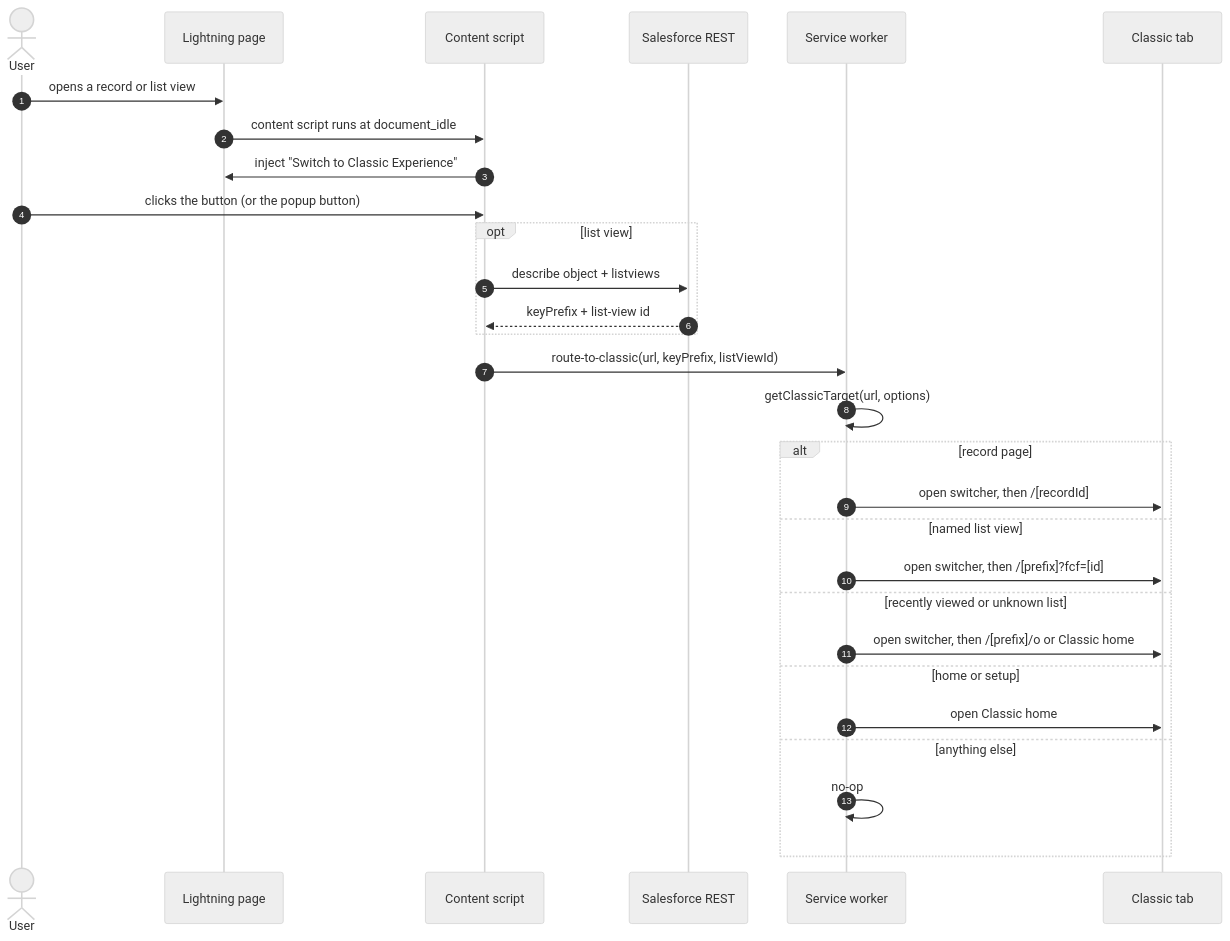
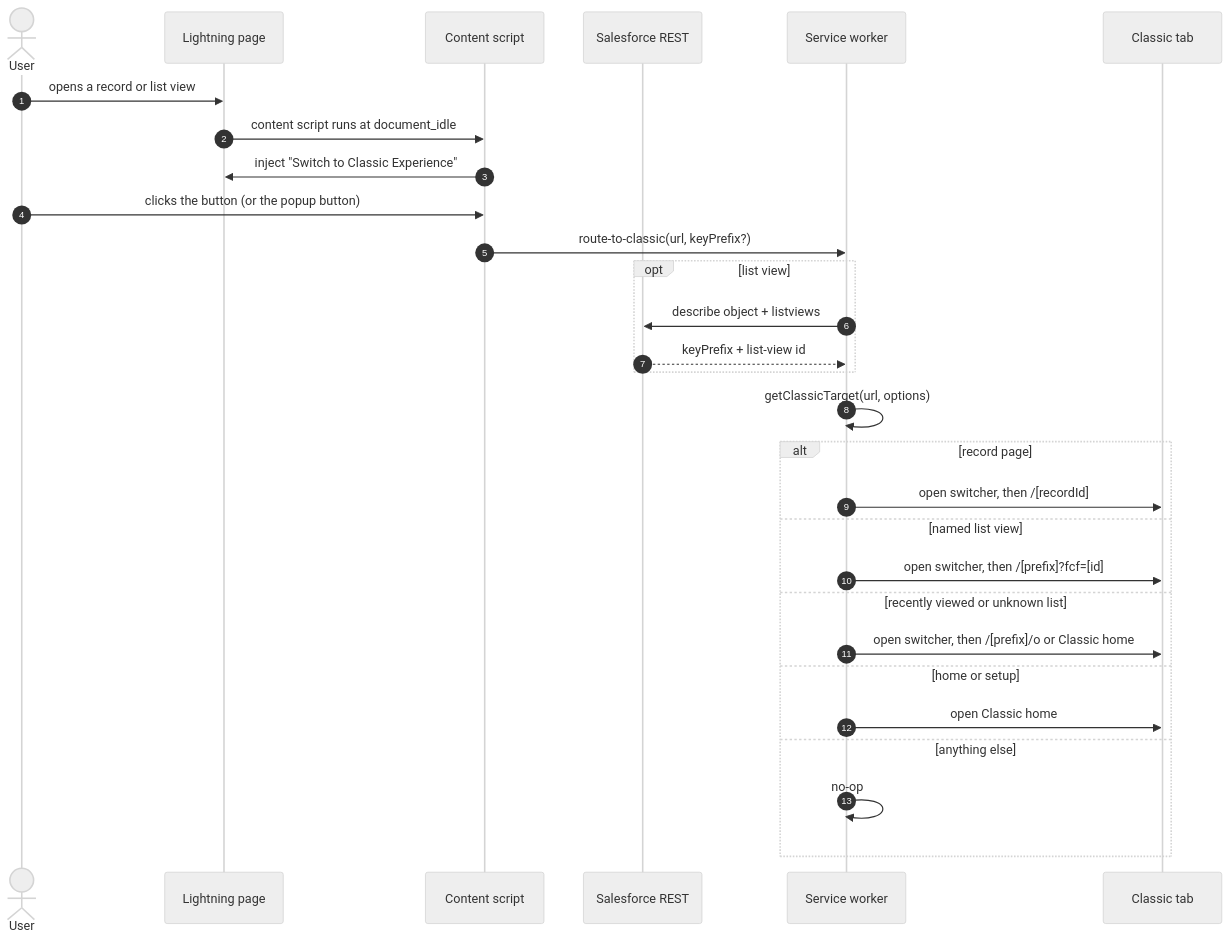
Before and after one commit to selegic/switch-to-classic: the second of 3 diagrams in docs/architecture.md, drawn with Mermaid (neutral theme). The commit also changed other lines of this file and 16 other files, not shown here.

First line of the commit message:
feat: exact Classic list views via REST API and #fcf (#21)

````diff
--- a/docs/architecture.md
+++ b/docs/architecture.md
@@ -121,33 +131,33 @@
 ```mermaid
 sequenceDiagram
     autonumber
     actor User
     participant Page as Lightning page
     participant CS as Content script
     participant API as Salesforce REST
     participant SW as Service worker
     participant Classic as Classic tab
 
     User->>Page: opens a record or list view
     Page->>CS: content script runs at document_idle
     CS->>Page: inject "Switch to Classic Experience"
 
     User->>CS: clicks the button (or the popup button)
+    CS->>SW: route-to-classic(url, keyPrefix?)
     opt list view
-        CS->>API: describe object + listviews
-        API-->>CS: keyPrefix + list-view id
+        SW->>API: describe object + listviews
+        API-->>SW: keyPrefix + list-view id
     end
-    CS->>SW: route-to-classic(url, keyPrefix, listViewId)
     SW->>SW: getClassicTarget(url, options)
     alt record page
         SW->>Classic: open switcher, then /[recordId]
     else named list view
         SW->>Classic: open switcher, then /[prefix]?fcf=[id]
     else recently viewed or unknown list
         SW->>Classic: open switcher, then /[prefix]/o or Classic home
     else home or setup
         SW->>Classic: open Classic home
     else anything else
         SW->>SW: no-op
     end
 ```
````
